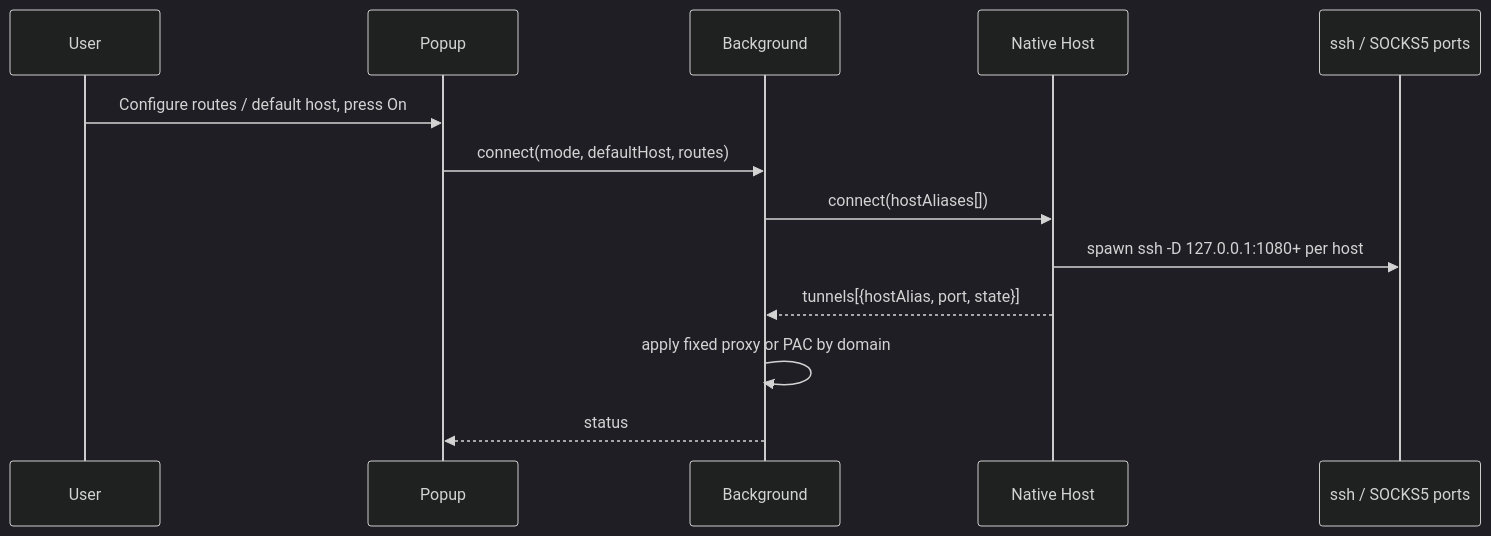
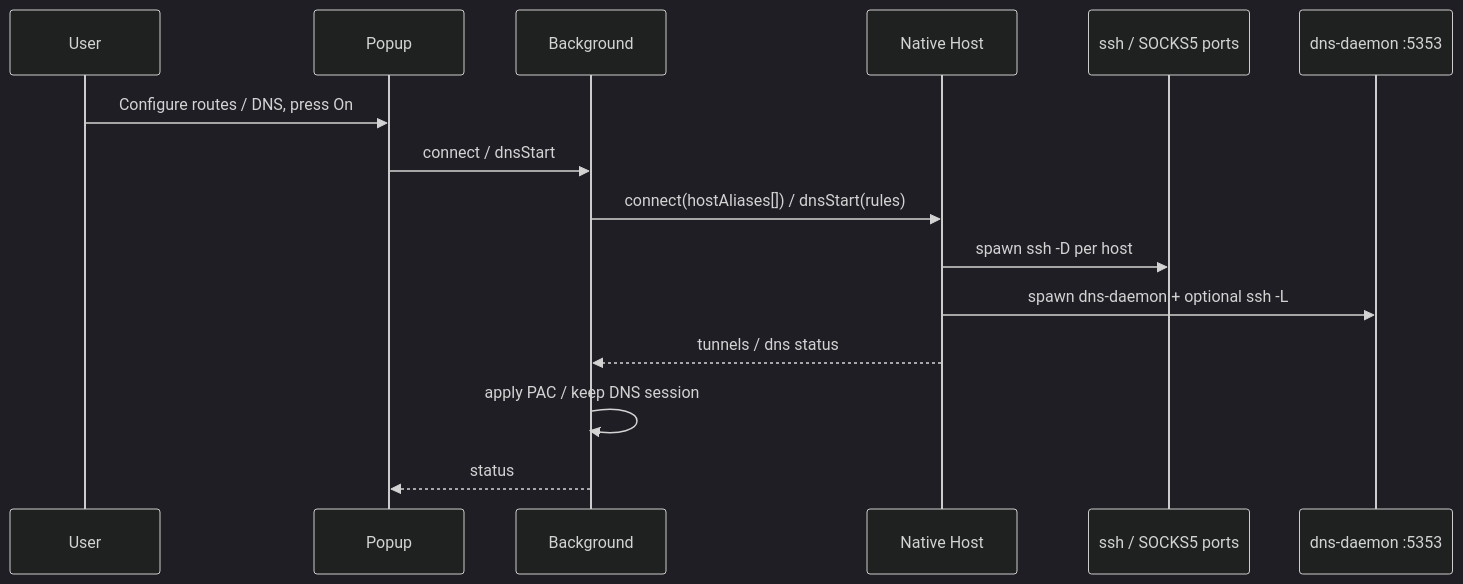
One commit to davislinyd/webhole changed the diagram in README.md. Above: the diagram before and after it, drawn with Mermaid (dark theme). The commit also changed other lines of this file and 9 other files, not shown here.

First line of the commit message:
feat: Split DNS with domain-based nameserver selection

````diff
--- a/README.md
+++ b/README.md
@@ -17,16 +29,18 @@
 ```mermaid
 sequenceDiagram
     participant U as User
     participant P as Popup
     participant B as Background
     participant H as Native Host
     participant S as ssh / SOCKS5 ports
+    participant D as dns-daemon :5353
 
-    U->>P: Configure routes / default host, press On
-    P->>B: connect(mode, defaultHost, routes)
-    B->>H: connect(hostAliases[])
-    H->>S: spawn ssh -D 127.0.0.1:1080+ per host
-    H-->>B: tunnels[{hostAlias, port, state}]
-    B->>B: apply fixed proxy or PAC by domain
+    U->>P: Configure routes / DNS, press On
+    P->>B: connect / dnsStart
+    B->>H: connect(hostAliases[]) / dnsStart(rules)
+    H->>S: spawn ssh -D per host
+    H->>D: spawn dns-daemon + optional ssh -L
+    H-->>B: tunnels / dns status
+    B->>B: apply PAC / keep DNS session
     B-->>P: status
 ```
````
